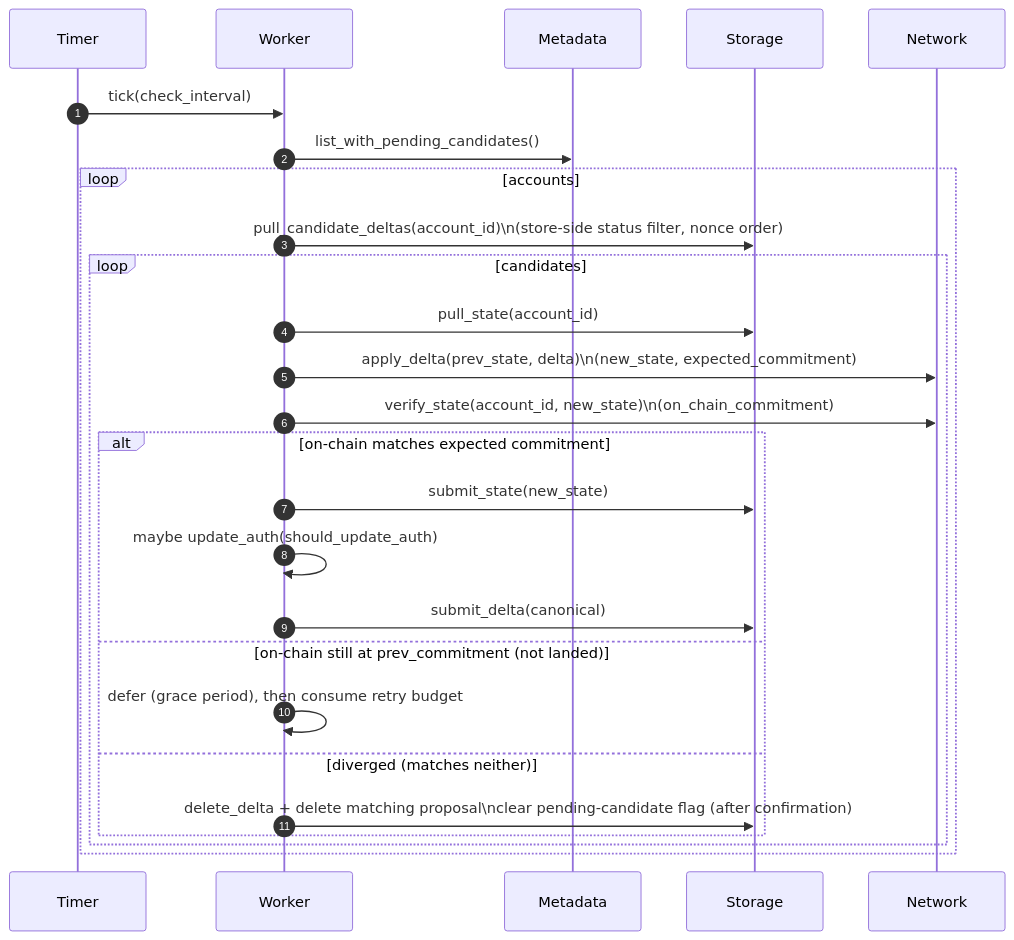
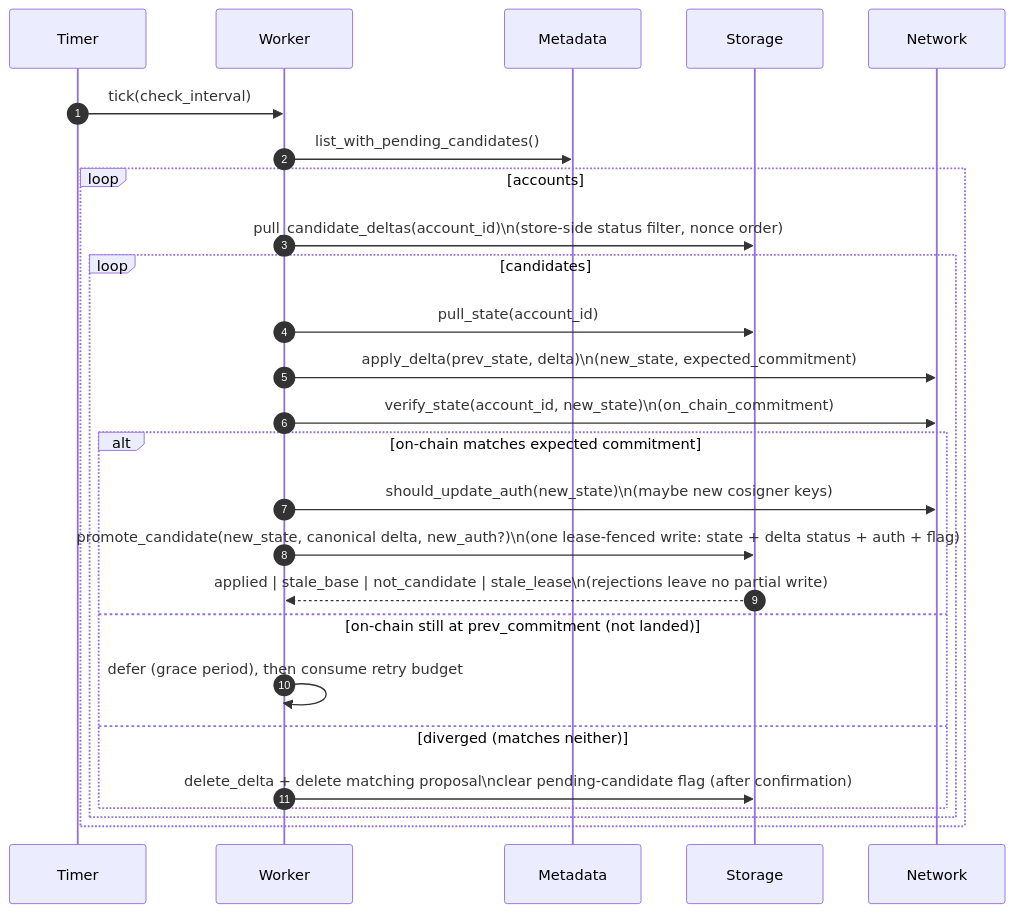
The tenth of 10 diagrams in spec/processes.md (OpenZeppelin/guardian), drawn with Mermaid before and after one commit. The commit also changed other lines of this file and 9 other files, not shown here.

````diff
--- a/spec/processes.md
+++ b/spec/processes.md
@@ -268,28 +268,28 @@
 ```mermaid
 sequenceDiagram
   autonumber
   participant T as Timer
   participant W as Worker
   participant M as Metadata
   participant ST as Storage
   participant N as Network
   T->>W: tick(check_interval)
   W->>M: list_with_pending_candidates()
   loop accounts
     W->>ST: pull_candidate_deltas(account_id)\n(store-side status filter, nonce order)
     loop candidates
       W->>ST: pull_state(account_id)
       W->>N: apply_delta(prev_state, delta)\n(new_state, expected_commitment)
       W->>N: verify_state(account_id, new_state)\n(on_chain_commitment)
       alt on-chain matches expected commitment
-        W->>ST: submit_state(new_state)
-        W->>W: maybe update_auth(should_update_auth)
-        W->>ST: submit_delta(canonical)
+        W->>N: should_update_auth(new_state)\n(maybe new cosigner keys)
+        W->>ST: promote_candidate(new_state, canonical delta, new_auth?)\n(one lease-fenced write: state + delta status + auth + flag)
+        ST-->>W: applied | stale_base | not_candidate | stale_lease\n(rejections leave no partial write)
       else on-chain still at prev_commitment (not landed)
         W->>W: defer (grace period), then consume retry budget
       else diverged (matches neither)
         W->>ST: delete_delta + delete matching proposal\nclear pending-candidate flag (after confirmation)
       end
     end
   end
 ```
````
